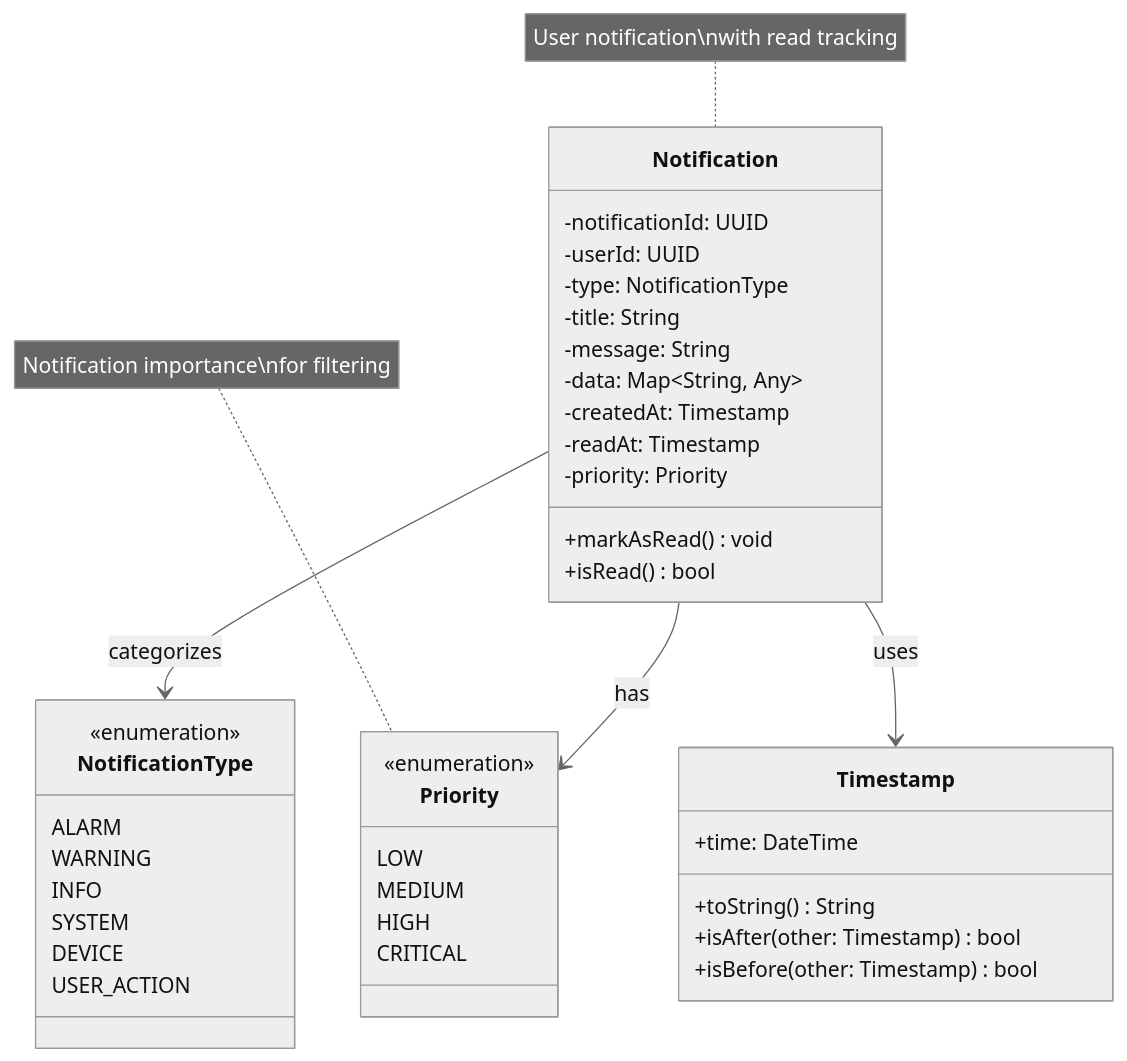
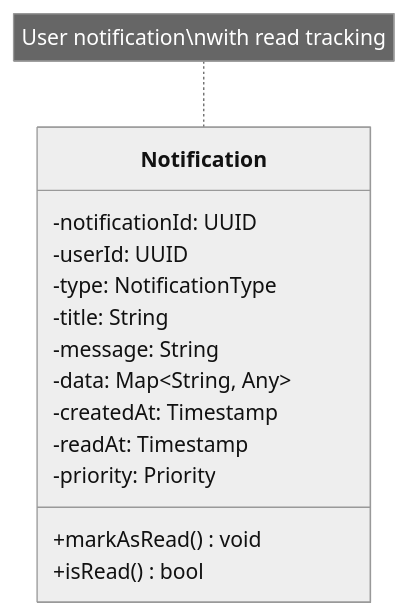
One commit to mj010101/swe_25f changed diagram 11 of 14 in diagrams/data_layer_class_diagram.md. Above: the diagram before and after it, drawn with Mermaid (neutral theme). The commit also changed other lines of this file and 4 other files, not shown here.

````diff
--- a/diagrams/data_layer_class_diagram.md
+++ b/diagrams/data_layer_class_diagram.md
@@ -672,50 +380,20 @@
 ```mermaid
 classDiagram
     direction TB
 
     class Notification {
         -notificationId: UUID
         -userId: UUID
         -type: NotificationType
         -title: String
         -message: String
         -data: Map~String, Any~
         -createdAt: Timestamp
         -readAt: Timestamp
         -priority: Priority
         +markAsRead() void
         +isRead() bool
     }
 
-    class NotificationType {
-        <<enumeration>>
-        ALARM
-        WARNING
-        INFO
-        SYSTEM
-        DEVICE
-        USER_ACTION
-    }
-
-    class Priority {
-        <<enumeration>>
-        LOW
-        MEDIUM
-        HIGH
-        CRITICAL
-    }
-
-    class Timestamp {
-        +time: DateTime
-        +toString() String
-        +isAfter(other: Timestamp) bool
-        +isBefore(other: Timestamp) bool
-    }
-
-    Notification --> NotificationType : categorizes
-    Notification --> Priority : has
-    Notification --> Timestamp : uses
-
     note for Notification "User notification\nwith read tracking"
-    note for Priority "Notification importance\nfor filtering"
 ```
````
